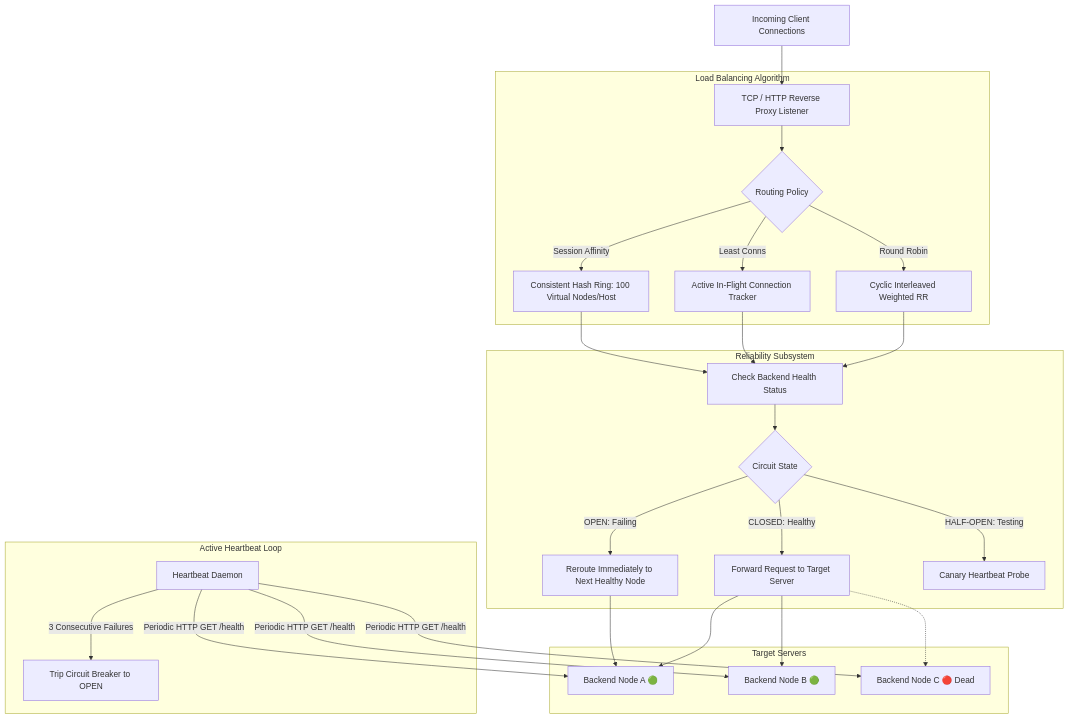
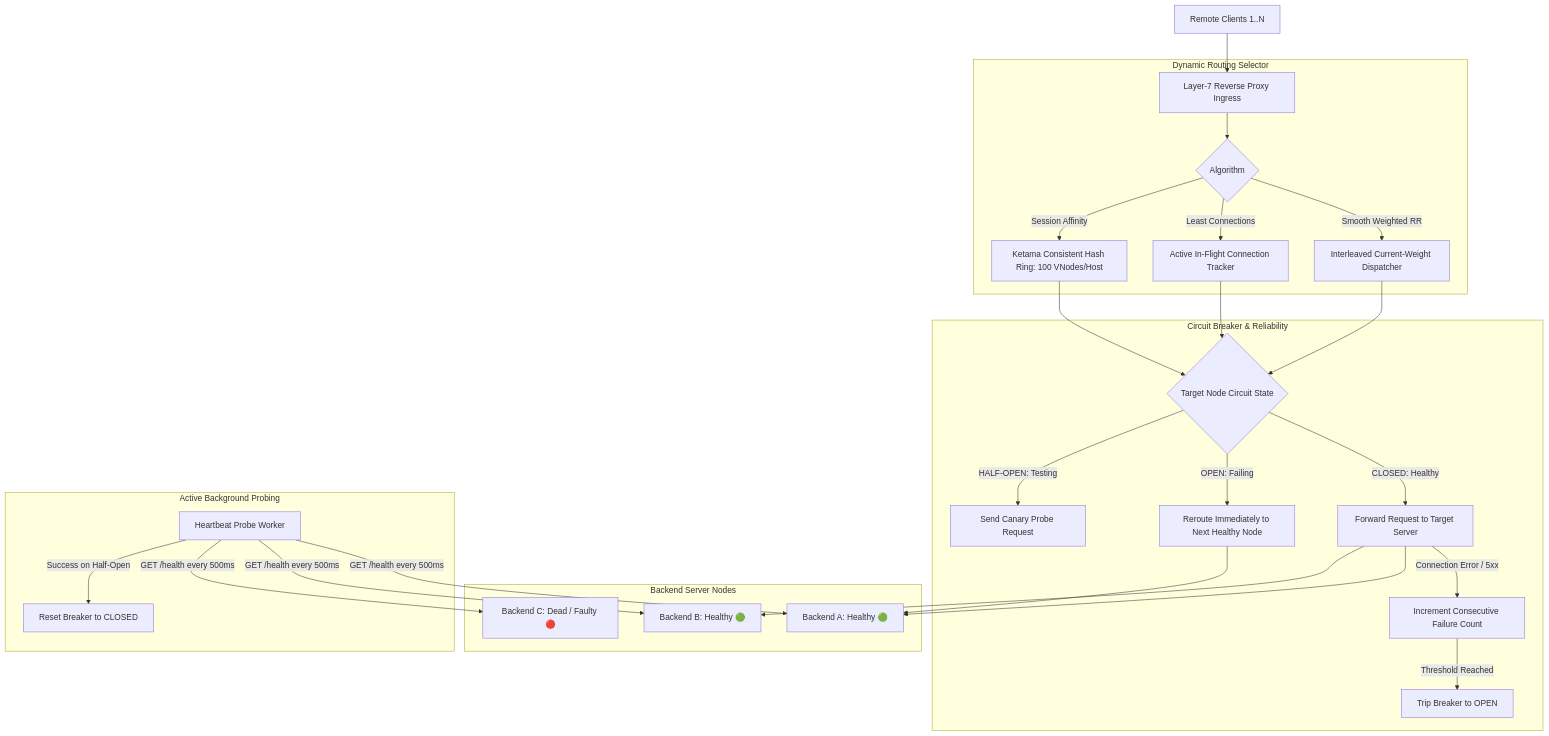
Before and after one commit to PandiaJason/ALGO: diagram 11 of 12 in CHALLENGES_ARCHITECTURE.md, drawn with Mermaid. The commit also changed other lines of this file and 12 other files, not shown here.

Commit message:
refactor(curriculum): reframe challenges with honest systems engineering archetypes, flowcharts, and experimental benchmarks

````diff
--- a/CHALLENGES_ARCHITECTURE.md
+++ b/CHALLENGES_ARCHITECTURE.md
@@ -790,37 +825,34 @@
 ```mermaid
 flowchart TD
-    Client[Incoming Client Connections] --> Listener[TCP / HTTP Reverse Proxy Listener]
+    ClientNet[Remote Clients 1..N] --> ProxyListener[Layer-7 Reverse Proxy Ingress]
     
-    subgraph Routing Engine [Load Balancing Algorithm]
-        Listener --> AlgSelect{Routing Policy}
-        
-        AlgSelect -->|Round Robin| RR[Cyclic Interleaved Weighted RR]
-        AlgSelect -->|Least Conns| LC[Active In-Flight Connection Tracker]
-        AlgSelect -->|Session Affinity| CH[Consistent Hash Ring: 100 Virtual Nodes/Host]
+    subgraph RoutingAlgorithms [Dynamic Routing Selector]
+        ProxyListener --> Router{Algorithm}
+        Router -->|Smooth Weighted RR| SWRR[Interleaved Current-Weight Dispatcher]
+        Router -->|Least Connections| LeastConn[Active In-Flight Connection Tracker]
+        Router -->|Session Affinity| HashRing[Ketama Consistent Hash Ring: 100 VNodes/Host]
     end
 
-    subgraph Backend Health & Circuit Breaker [Reliability Subsystem]
-        RR --> FilterHealthy[Check Backend Health Status]
-        LC --> FilterHealthy
-        CH --> FilterHealthy
+    subgraph HealthSubsystem [Circuit Breaker & Reliability]
+        SWRR & LeastConn & HashRing --> CircuitCheck{Target Node Circuit State}
         
-        FilterHealthy --> ProbeStatus{Circuit State}
-        ProbeStatus -->|CLOSED: Healthy| Forward[Forward Request to Target Server]
-        ProbeStatus -->|OPEN: Failing| Failover[Reroute Immediately to Next Healthy Node]
-        ProbeStatus -->|HALF-OPEN: Testing| CanaryProbe[Canary Heartbeat Probe]
+        CircuitCheck -->|CLOSED: Healthy| ForwardBackend[Forward Request to Target Server]
+        CircuitCheck -->|OPEN: Failing| FastFailover[Reroute Immediately to Next Healthy Node]
+        CircuitCheck -->|HALF-OPEN: Testing| CanaryProbe[Send Canary Probe Request]
+        
+        ForwardBackend -->|Connection Error / 5xx| TripCounter[Increment Consecutive Failure Count]
+        TripCounter -->|Threshold Reached| TripOpen[Trip Breaker to OPEN]
     end
 
-    subgraph Backend Fleet [Target Servers]
-        Forward --> ServerA[Backend Node A 🟢]
-        Forward --> ServerB[Backend Node B 🟢]
-        Failover --> ServerA
-        Forward -.-> ServerC[Backend Node C 🔴 Dead]
+    subgraph BackendFleet [Backend Server Nodes]
+        ForwardBackend --> ServerA[Backend A: Healthy 🟢]
+        ForwardBackend --> ServerB[Backend B: Healthy 🟢]
+        FastFailover --> ServerA
+        ServerC[Backend C: Dead / Faulty 🔴]
     end
 
-    subgraph Background Health Checker [Active Heartbeat Loop]
-        Checker[Heartbeat Daemon] -->|Periodic HTTP GET /health| ServerA
-        Checker -->|Periodic HTTP GET /health| ServerB
-        Checker -->|Periodic HTTP GET /health| ServerC
-        Checker -->|3 Consecutive Failures| Tripped[Trip Circuit Breaker to OPEN]
+    subgraph ActiveHeartbeats [Active Background Probing]
+        ProbeWorker[Heartbeat Probe Worker] -->|GET /health every 500ms| ServerA & ServerB & ServerC
+        ProbeWorker -->|Success on Half-Open| ResetClosed[Reset Breaker to CLOSED]
     end
 ```
````
